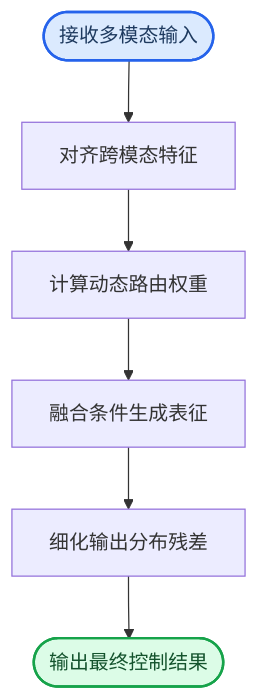
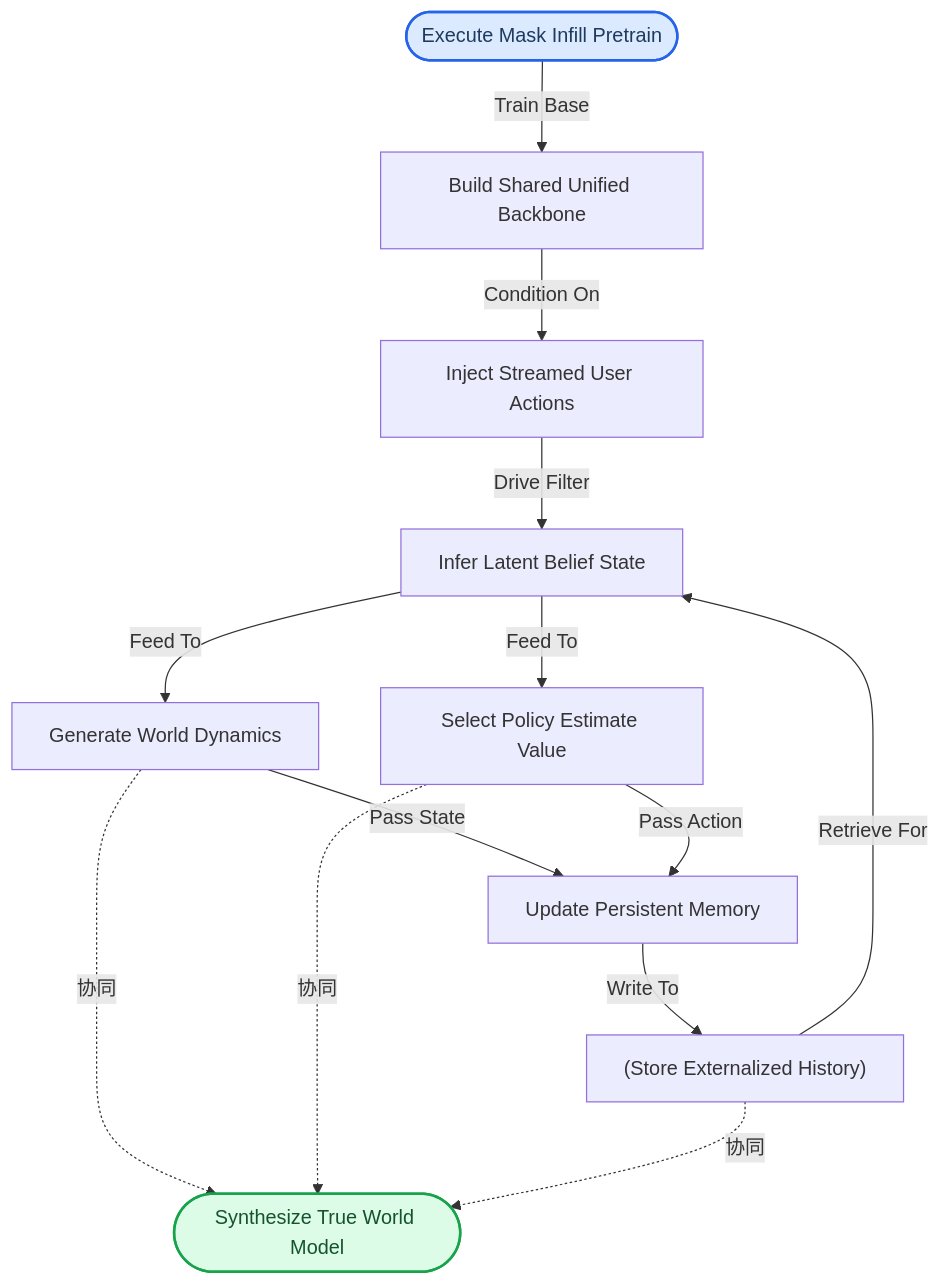
The third of 10 diagrams in person_vault/2026-06-12_FromMasksToWorldsAHitchhikerSGuideToWorl_2510.20668/report.md (ShinewineW/paper-rolling), drawn with Mermaid before and after one commit. The commit also changed other lines of this file and 51 other files, not shown here.

````diff
--- a/person_vault/2026-06-12_FromMasksToWorldsAHitchhikerSGuideToWorl_2510.20668/report.md
+++ b/person_vault/2026-06-12_FromMasksToWorldsAHitchhikerSGuideToWorl_2510.20668/report.md
@@ -126,19 +161,21 @@
 ```mermaid
 flowchart TB
-  ingest_raw(["接收多模态输入"]):::required
-  align_features["对齐跨模态特征"]
-  compute_weights["计算动态路由权重"]
-  fuse_conditions["融合条件生成表征"]
-  refine_distributions["细化输出分布残差"]
-  emit_results(["输出最终控制结果"]):::output
+    A(["Execute Mask Infill Pretrain"]) -->|Train Base| B["Build Shared Unified Backbone"]
+    B -->|Condition On| C["Inject Streamed User Actions"]
+    C -->|Drive Filter| D["Infer Latent Belief State"]
+    D -->|Feed To| E["Generate World Dynamics"]
+    D -->|Feed To| F["Select Policy Estimate Value"]
+    E -->|Pass State| G["Update Persistent Memory"]
+    F -->|Pass Action| G
+    G -->|Write To| H["(Store Externalized History)"]
+    H -->|Retrieve For| D
+    E -.协同.-> I(["Synthesize True World Model"])
+    F -.协同.-> I
+    H -.协同.-> I
 
-  ingest_raw --> align_features
-  align_features --> compute_weights
-  compute_weights --> fuse_conditions
-  fuse_conditions --> refine_distributions
-  refine_distributions --> emit_results
-
-  classDef required fill:#dbeafe,stroke:#2563eb,stroke-width:2px,color:#1e3a5f
-  classDef output fill:#dcfce7,stroke:#16a34a,stroke-width:2px,color:#14532d
-  classDef optional fill:#fef9c3,stroke:#ca8a04,stroke-width:2px,color:#713f12
+    classDef required fill:#dbeafe,stroke:#2563eb,stroke-width:2px,color:#1e3a5f
+    classDef output fill:#dcfce7,stroke:#16a34a,stroke-width:2px,color:#14532d
+    classDef optional fill:#fef9c3,stroke:#ca8a04,stroke-width:2px,color:#713f12
+    class A required
+    class I output
 ```
````
